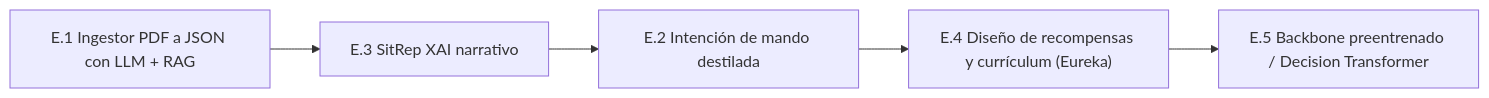
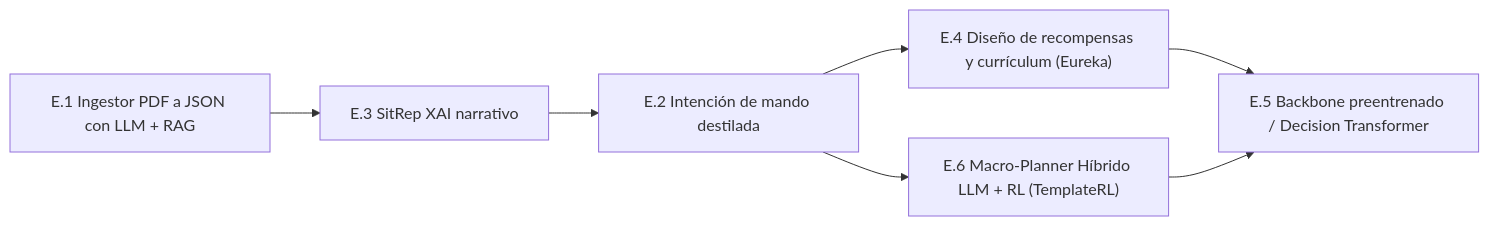
One commit to richardcc/assault-ai-pilot changed the eighth of 8 diagrams in docs/05_ROADMAP_EVOLUTIVO.md. Above: the diagram before and after it, drawn with Mermaid. The commit also changed other lines of this file and 4 other files, not shown here.

Commit message:
docs(roadmap): document prospective LLM+RL hybrid TemplateRL macro-planner architecture (v2.6.0 plan)

````diff
--- a/docs/05_ROADMAP_EVOLUTIVO.md
+++ b/docs/05_ROADMAP_EVOLUTIVO.md
@@ -406,7 +438,9 @@
 ```mermaid
 flowchart LR
     E1["E.1 Ingestor PDF a JSON con LLM + RAG"] --> E3["E.3 SitRep XAI narrativo"]
     E3 --> E2["E.2 Intención de mando destilada"]
     E2 --> E4["E.4 Diseño de recompensas y currículum (Eureka)"]
     E4 --> E5["E.5 Backbone preentrenado / Decision Transformer"]
+    E2 --> E6["E.6 Macro-Planner Híbrido LLM + RL (TemplateRL)"]
+    E6 --> E5
 ```
````
